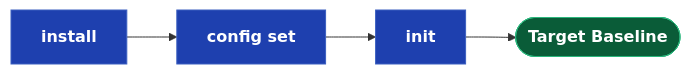
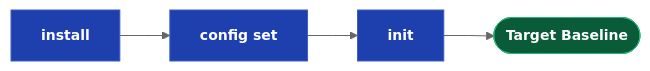
Before and after one commit to webcloudstudio/Drydock: the second of 10 diagrams in docs/Drydock_Specification.md, drawn with Mermaid. The commit also changed other lines of this file and 1 other file, not shown here.

First line of the commit message:
Standardise mermaid font size to 14px across all spec diagrams

````diff
--- a/docs/Drydock_Specification.md
+++ b/docs/Drydock_Specification.md
@@ -252,13 +253,14 @@
 ```mermaid
+%%{init: {'theme': 'neutral', 'flowchart': {'curve': 'linear'}, 'themeVariables': {'fontSize': '14px'}}}%%
 flowchart LR
   classDef dir    fill:#0a5c38,stroke:#2cb67d,color:#fff,font-weight:bold
   classDef md     fill:#d4a017,stroke:#a07810,color:#111,font-weight:bold
   classDef script fill:#1e40af,stroke:#3b5fc0,color:#fff,font-weight:bold
   classDef prompt fill:#c2410c,stroke:#ea580c,color:#fff,font-weight:bold
   classDef output fill:#6d28d9,stroke:#8b5cf6,color:#fff,font-weight:bold
   classDef web    fill:#be123c,stroke:#fb7185,color:#fff,font-weight:bold
 
   INSTALL["install"]:::script --> CONFIG["config set"]:::script
   CONFIG --> INIT["init"]:::script
   INIT --> TARGET(["Target Baseline"]):::dir
 ```
````
